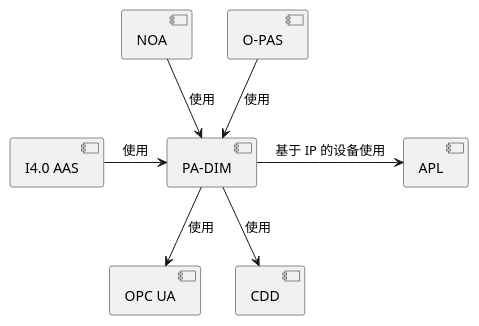
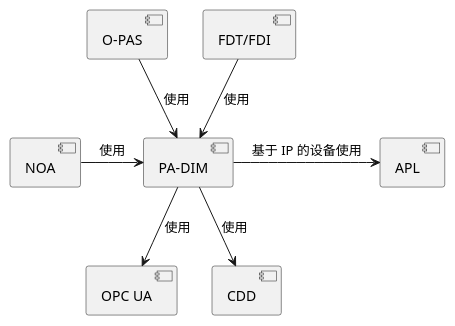
The diagram in _notes/_posts/industry/2023-08-05-pa-dim.org (kimim/kimim.github.io), drawn with PlantUML before and after one commit. The commit also changed other lines of this file and 1 other file, not shown here.

Commit message:
update pa-dim

```diff
--- a/_notes/_posts/industry/2023-08-05-pa-dim.org
+++ b/_notes/_posts/industry/2023-08-05-pa-dim.org
@@ -121,8 +209,8 @@
-#+begin_src plantuml :output-dir images :file padim-noa.svg :eval no-export :cmdline -charset utf-8 :exports results
-[I4.0 AAS] -> [PA-DIM] : 使用
-[NOA] --> [PA-DIM] : 使用
+#+begin_src plantuml :output-dir draws_out :file padim-noa.svg :eval no-export :cmdline -charset utf-8 :exports results
+[NOA] -> [PA-DIM] : 使用
 [O-PAS] --> [PA-DIM] : 使用
+[FDT/FDI] --> [PA-DIM] : 使用
 [PA-DIM] -> [APL] : 基于 IP 的设备使用
 [PA-DIM] --> [OPC UA] : 使用
 [PA-DIM] --> [CDD] : 使用
 #+end_src
```
